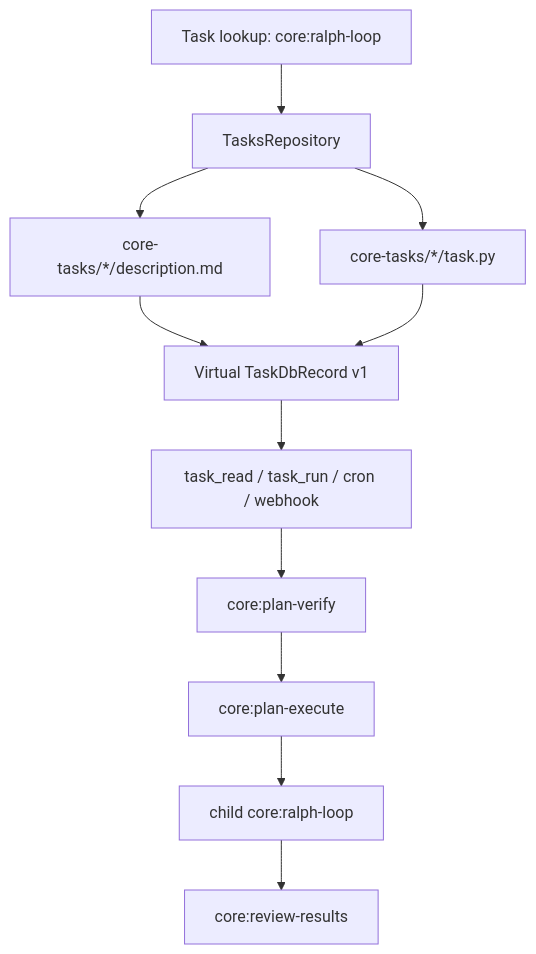
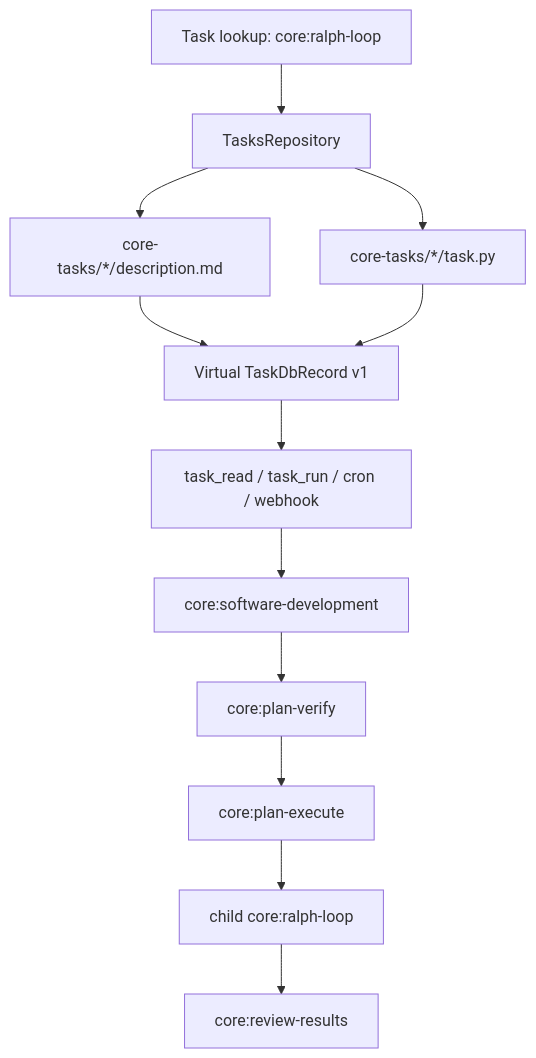
The diagram in doc/20260311-core-tasks.md (ex3ndr/daycare), drawn with Mermaid before and after one commit. The commit also changed other lines of this file and 8 other files, not shown here.

Commit message:
feat: add software development entry task

````diff
--- a/doc/20260311-core-tasks.md
+++ b/doc/20260311-core-tasks.md
@@ -19,13 +19,14 @@
 ```mermaid
 flowchart TD
     A[Task lookup: core:ralph-loop] --> B[TasksRepository]
     B --> C[core-tasks/*/description.md]
     B --> D[core-tasks/*/task.py]
     C --> E[Virtual TaskDbRecord v1]
     D --> E
     E --> F[task_read / task_run / cron / webhook]
-    F --> G[core:plan-verify]
-    G --> H[core:plan-execute]
-    H --> I[child core:ralph-loop]
-    I --> J[core:review-results]
+    F --> G[core:software-development]
+    G --> H[core:plan-verify]
+    H --> I[core:plan-execute]
+    I --> J[child core:ralph-loop]
+    J --> K[core:review-results]
 ```
````
